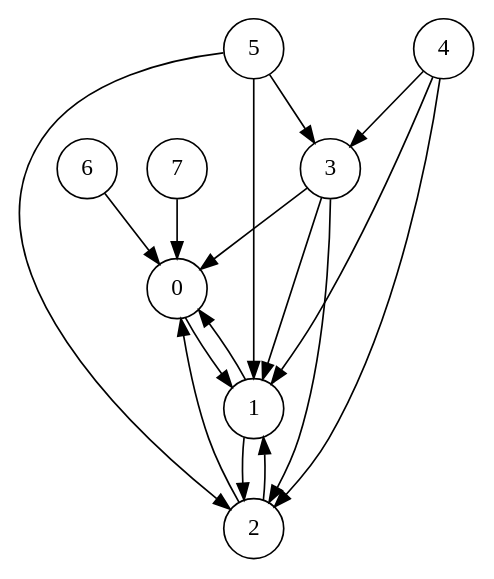
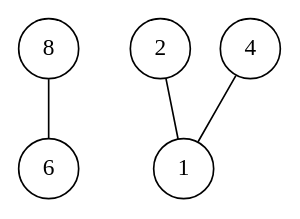
The diagram in project/caw001.txt.ig.dot (chris-wood/PL241-Compiler), drawn with Graphviz before and after one commit. The commit also changed 12 other files, not shown here.

```diff
--- a/project/caw001.txt.ig.dot
+++ b/project/caw001.txt.ig.dot
@@ -1,19 +1,6 @@
-digraph interference_graph {
+graph interference_graph {
     node [shape = circle];
-7 -> 0;
-6 -> 0;
-3 -> 0;
-2 -> 1;
-2 -> 0;
-0 -> 1;
-5 -> 1;
-5 -> 2;
-5 -> 3;
-4 -> 1;
-4 -> 2;
-4 -> 3;
-3 -> 1;
-3 -> 2;
-1 -> 0;
-1 -> 2;
+8 -- 6;
+2 -- 1;
+4 -- 1;
 }
```
